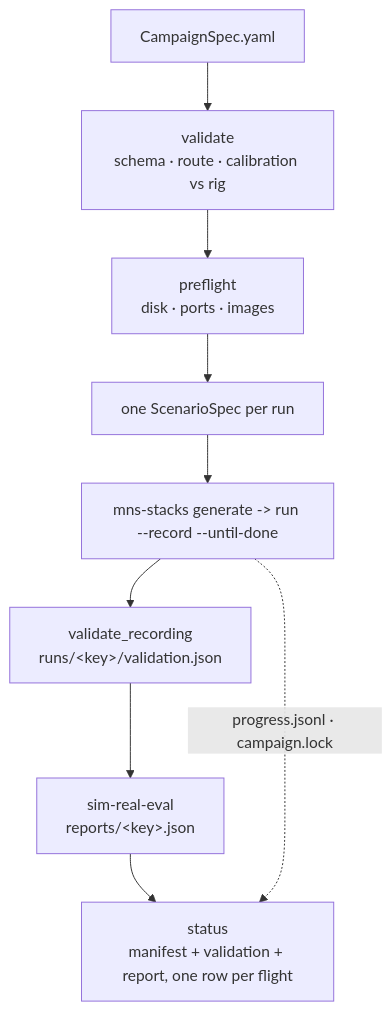
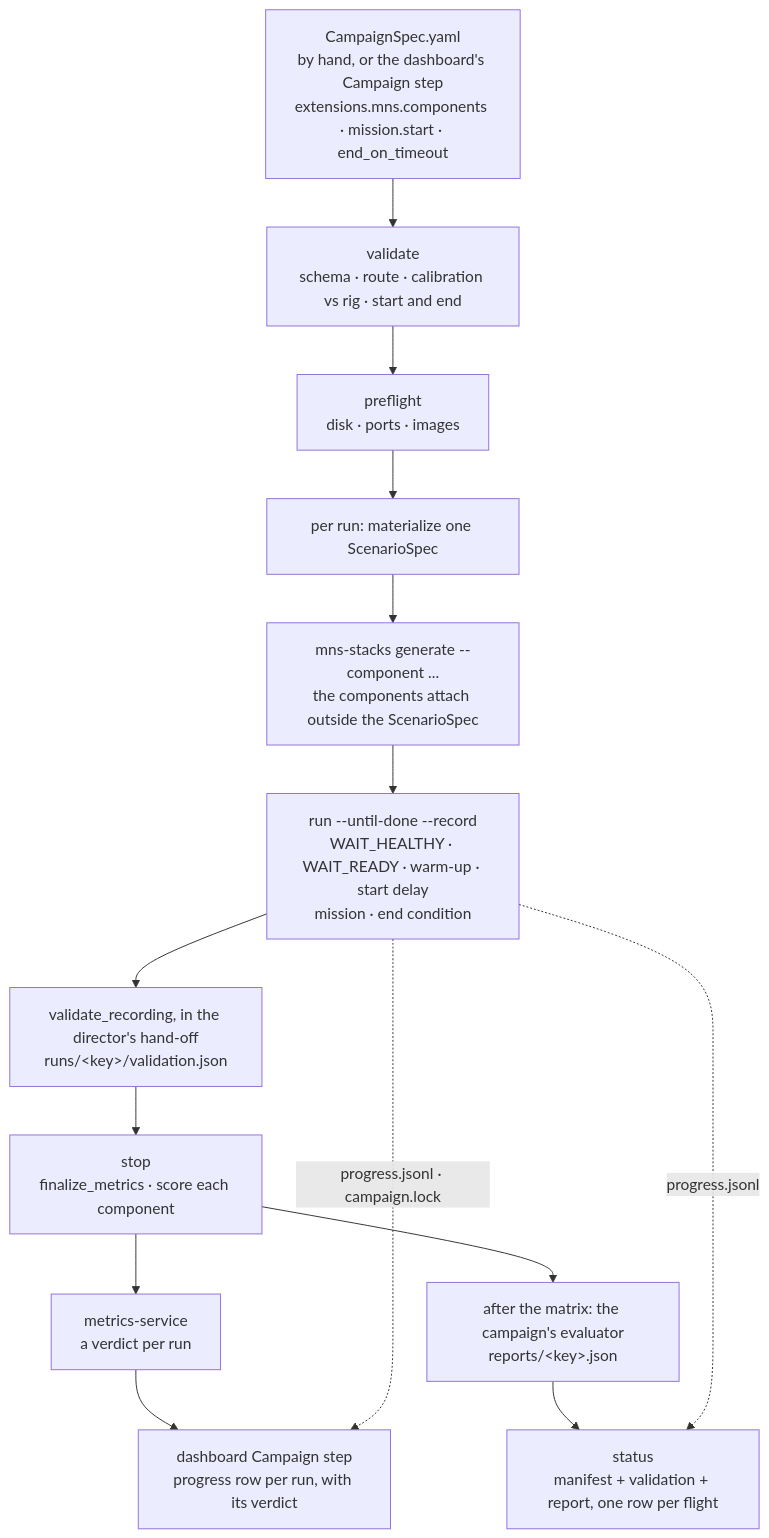
The third of 3 diagrams in docs/how-it-fits-together.md (DinoHub/M-S-Simulation-Runtime-Stack), drawn with Mermaid before and after one commit. The commit also changed other lines of this file and 10 other files, not shown here.

````diff
--- a/docs/how-it-fits-together.md
+++ b/docs/how-it-fits-together.md
@@ -196,11 +224,16 @@
 ```mermaid
 flowchart TD
-  A["CampaignSpec.yaml"] --> B["validate<br/>schema · route · calibration vs rig"]
+  A["CampaignSpec.yaml<br/>by hand, or the dashboard's Campaign step<br/>extensions.mns.components · mission.start · end_on_timeout"] --> B["validate<br/>schema · route · calibration vs rig · start and end"]
   B --> C["preflight<br/>disk · ports · images"]
-  C --> D["one ScenarioSpec per run"]
-  D --> E["mns-stacks generate -> run --record --until-done"]
-  E --> F["validate_recording<br/>runs/&lt;key&gt;/validation.json"]
-  F --> G["sim-real-eval<br/>reports/&lt;key&gt;.json"]
-  G --> H["status<br/>manifest + validation + report, one row per flight"]
-  E -. "progress.jsonl · campaign.lock" .-> H
+  C --> D["per run: materialize one ScenarioSpec"]
+  D --> E["mns-stacks generate --component ...<br/>the components attach outside the ScenarioSpec"]
+  E --> F["run --until-done --record<br/>WAIT_HEALTHY · WAIT_READY · warm-up · start delay<br/>mission · end condition"]
+  F --> H["validate_recording, in the director's hand-off<br/>runs/&lt;key&gt;/validation.json"]
+  H --> G["stop<br/>finalize_metrics · score each component"]
+  G --> M["metrics-service<br/>a verdict per run"]
+  G --> I["after the matrix: the campaign's evaluator<br/>reports/&lt;key&gt;.json"]
+  I --> J["status<br/>manifest + validation + report, one row per flight"]
+  M --> K["dashboard Campaign step<br/>progress row per run, with its verdict"]
+  F -. "progress.jsonl · campaign.lock" .-> K
+  F -. "progress.jsonl" .-> J
 ```
````
